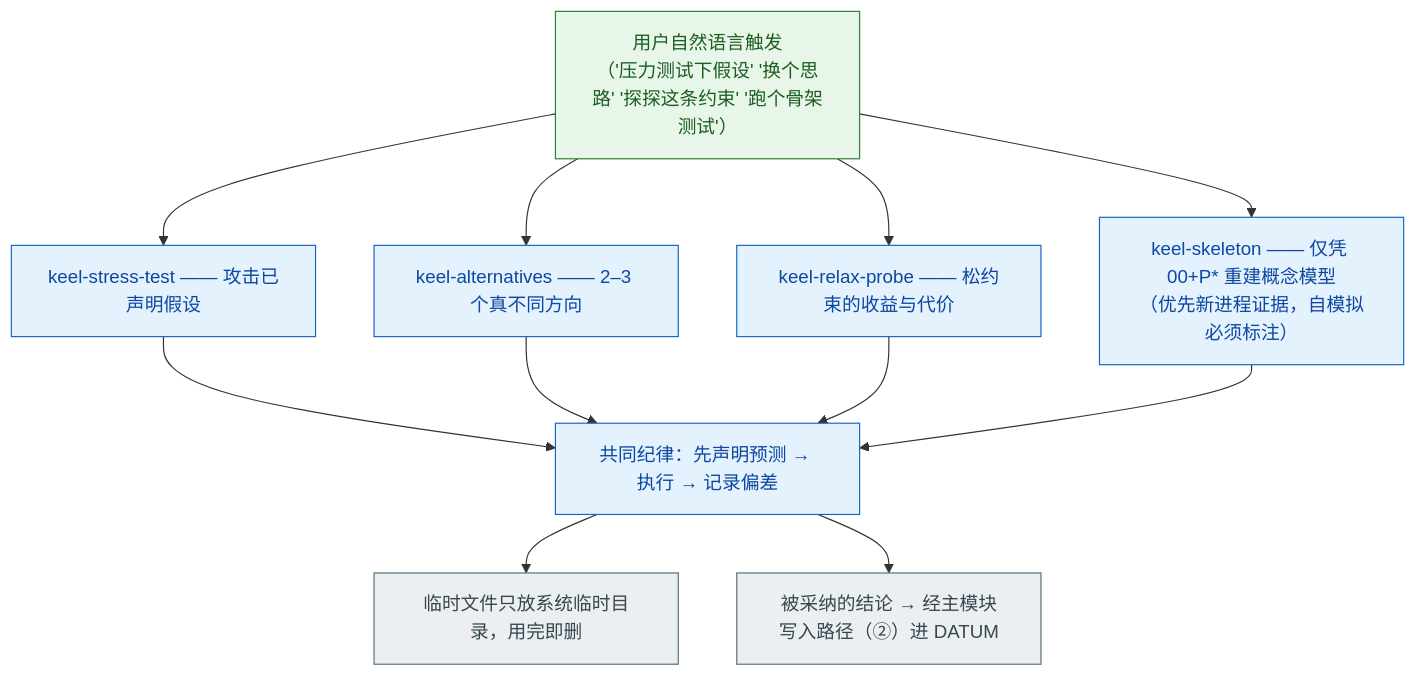
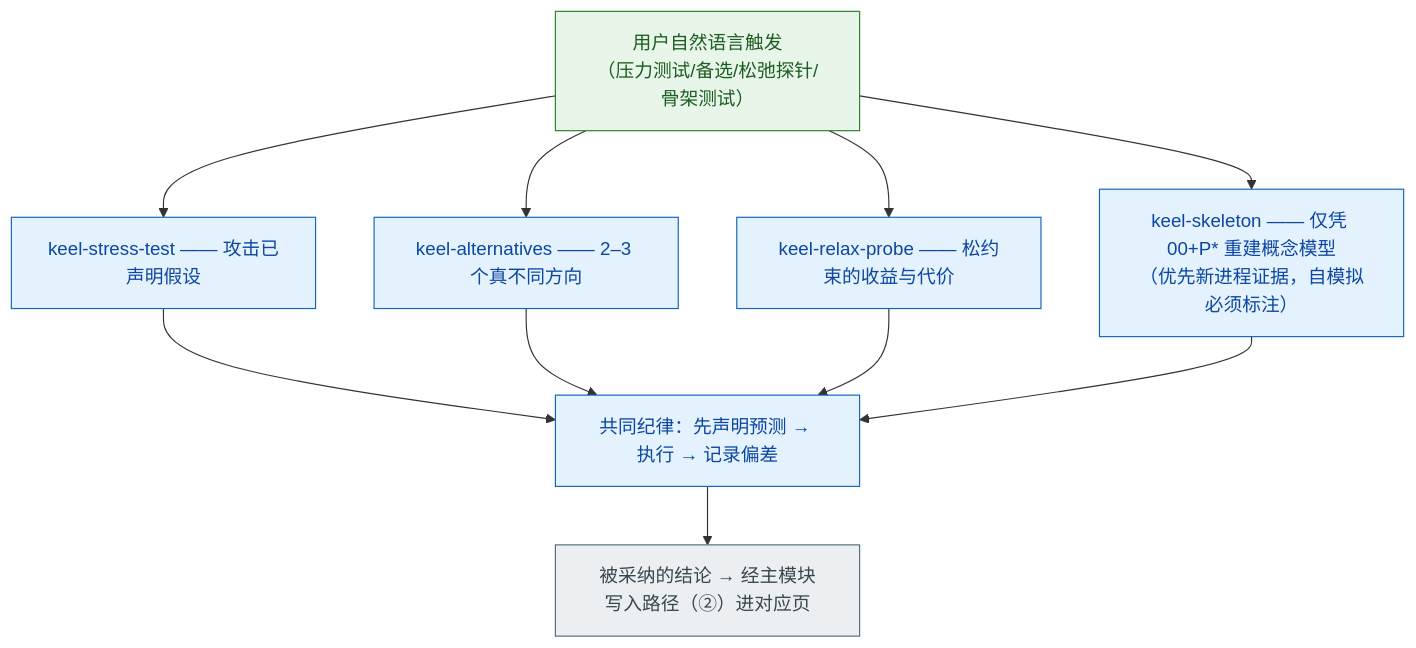
The eighth of 9 diagrams in docs/MENTAL-MODEL.md (maxi3777/Keel), drawn with Mermaid before and after one commit. The commit also changed other lines of this file and 15 other files, not shown here.

````diff
--- a/docs/MENTAL-MODEL.md
+++ b/docs/MENTAL-MODEL.md
@@ -228,25 +233,15 @@
 ```mermaid
 flowchart TD
-    ASK["用户自然语言触发<br/>（'压力测试下假设' '换个思路' '探探这条约束' '跑个骨架测试'）"]:::human
+    ASK["用户自然语言触发<br/>（压力测试/备选/松弛探针/骨架测试）"]:::human
     ST["keel-stress-test —— 攻击已声明假设"]:::ai
     ALT["keel-alternatives —— 2–3 个真不同方向"]:::ai
     RELAX["keel-relax-probe —— 松约束的收益与代价"]:::ai
     SKEL["keel-skeleton —— 仅凭 00+P* 重建概念模型<br/>（优先新进程证据，自模拟必须标注）"]:::ai
     PRED["共同纪律：先声明预测 → 执行 → 记录偏差"]:::ai
-    TEMP["临时文件只放系统临时目录，用完即删"]:::mech
-    BACK["被采纳的结论 → 经主模块写入路径（②）进 DATUM"]:::mech
+    BACK["被采纳的结论 → 经主模块写入路径（②）进对应页"]:::mech
 
-    ASK --> ST
-    ASK --> ALT
-    ASK --> RELAX
-    ASK --> SKEL
-    ST --> PRED
-    ALT --> PRED
-    RELAX --> PRED
-    SKEL --> PRED
-    PRED --> TEMP
-    PRED --> BACK
+    ASK --> ST & ALT & RELAX & SKEL --> PRED --> BACK
     classDef human fill:#e8f5e9,stroke:#2e7d32,color:#1b5e20
     classDef ai fill:#e3f2fd,stroke:#1565c0,color:#0d47a1
     classDef mech fill:#eceff1,stroke:#546e7a,color:#37474f
 ```
````
